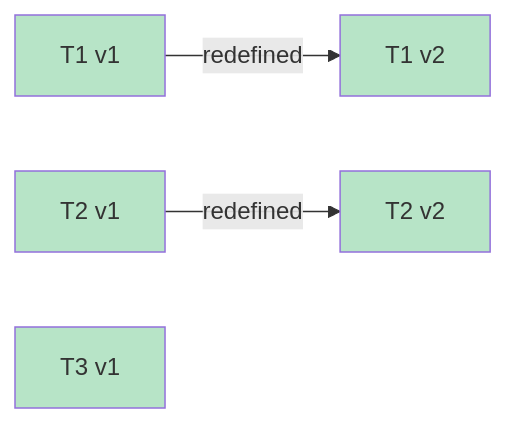
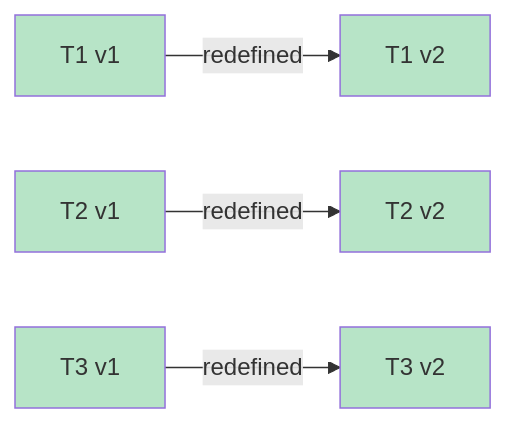
One commit to Curry09/AHE-Beta changed diagram 15 of 15 in docs/specs/OVERVIEW.md. Above: the diagram before and after it, drawn with Mermaid. The commit also changed other lines of this file and 5 other files, not shown here.

````diff
--- a/docs/specs/OVERVIEW.md
+++ b/docs/specs/OVERVIEW.md
@@ -1117,16 +1118,19 @@
 ```mermaid
 graph LR
     v_T1_1["T1 v1"]
     v_T1_2["T1 v2"]
     v_T1_1 -->|redefined| v_T1_2
     v_T2_1["T2 v1"]
     v_T2_2["T2 v2"]
     v_T2_1 -->|redefined| v_T2_2
     v_T3_1["T3 v1"]
+    v_T3_2["T3 v2"]
+    v_T3_1 -->|redefined| v_T3_2
     classDef st_done fill:#b7e4c7;
     class v_T1_1 st_done;
     class v_T1_2 st_done;
     class v_T2_1 st_done;
     class v_T2_2 st_done;
     class v_T3_1 st_done;
+    class v_T3_2 st_done;
 ```
````
